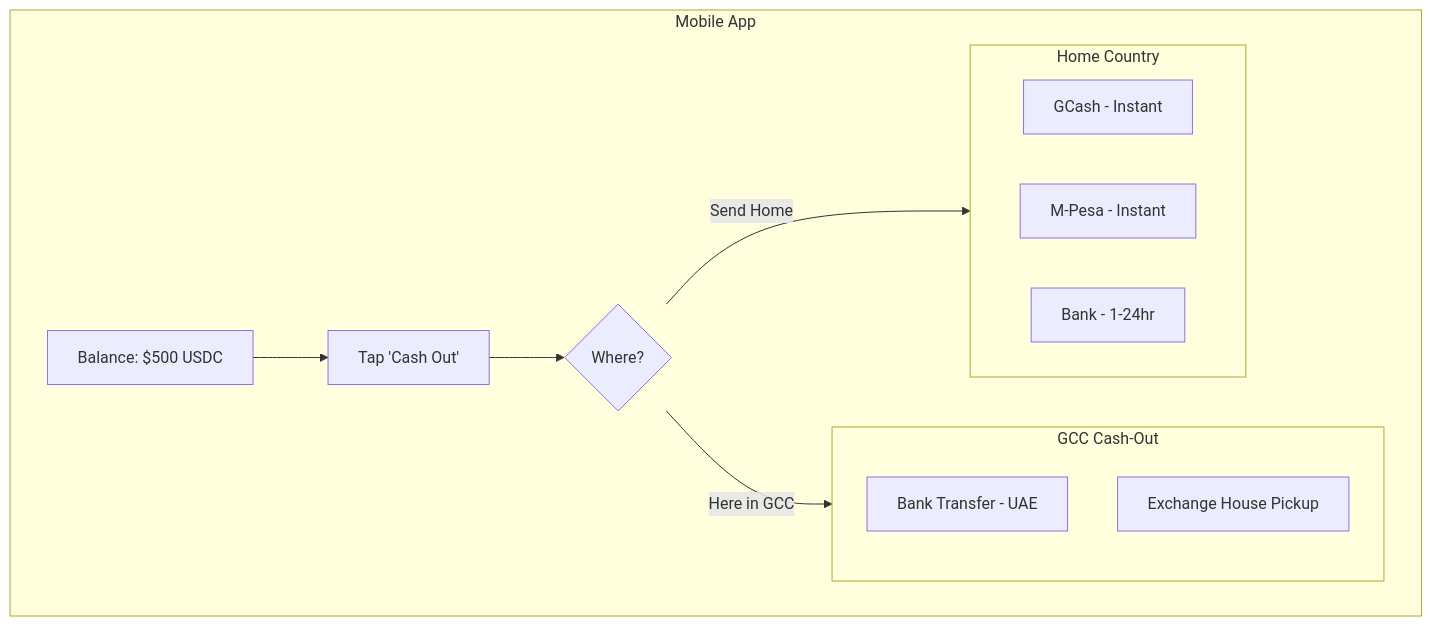
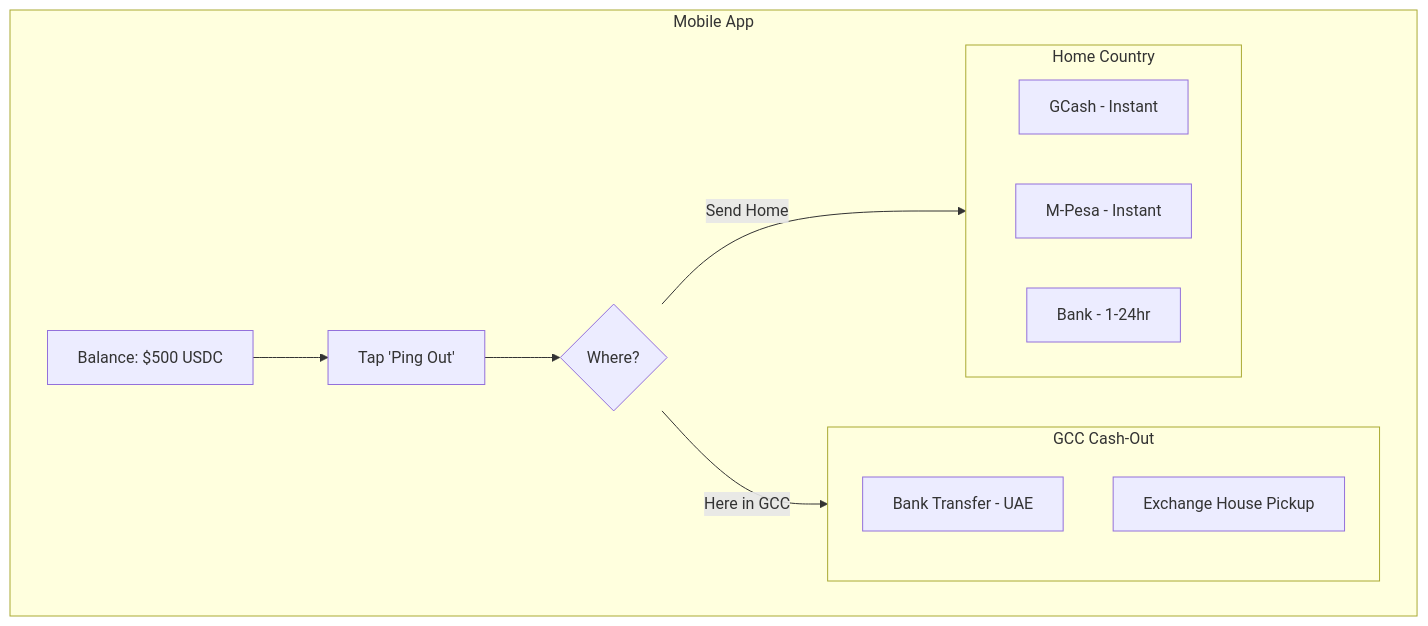
The third of 4 diagrams in docs/CASHFLOW.md (ping-cash/ping-cash), drawn with Mermaid before and after one commit. The commit also changed other lines of this file and 38 other files, not shown here.

First line of the commit message:
chore: rebrand Cash → Ping; migrate to ping-cash/ping-cash

````diff
--- a/docs/CASHFLOW.md
+++ b/docs/CASHFLOW.md
@@ -361,21 +361,21 @@
 ```mermaid
 flowchart TB
     subgraph App["Mobile App"]
         B["Balance: $500 USDC"]
-        B --> CO["Tap 'Cash Out'"]
+        B --> CO["Tap 'Ping Out'"]
         CO --> L{"Where?"}
         L -->|"Here in GCC"| GCC["GCC Options"]
         L -->|"Send Home"| Home["Home Country Options"]
     end
 
     subgraph GCC["GCC Cash-Out"]
         G1["Bank Transfer - UAE"]
         G2["Exchange House Pickup"]
     end
 
     subgraph Home["Home Country"]
         H1["GCash - Instant"]
         H2["M-Pesa - Instant"]
         H3["Bank - 1-24hr"]
     end
 ```
````
